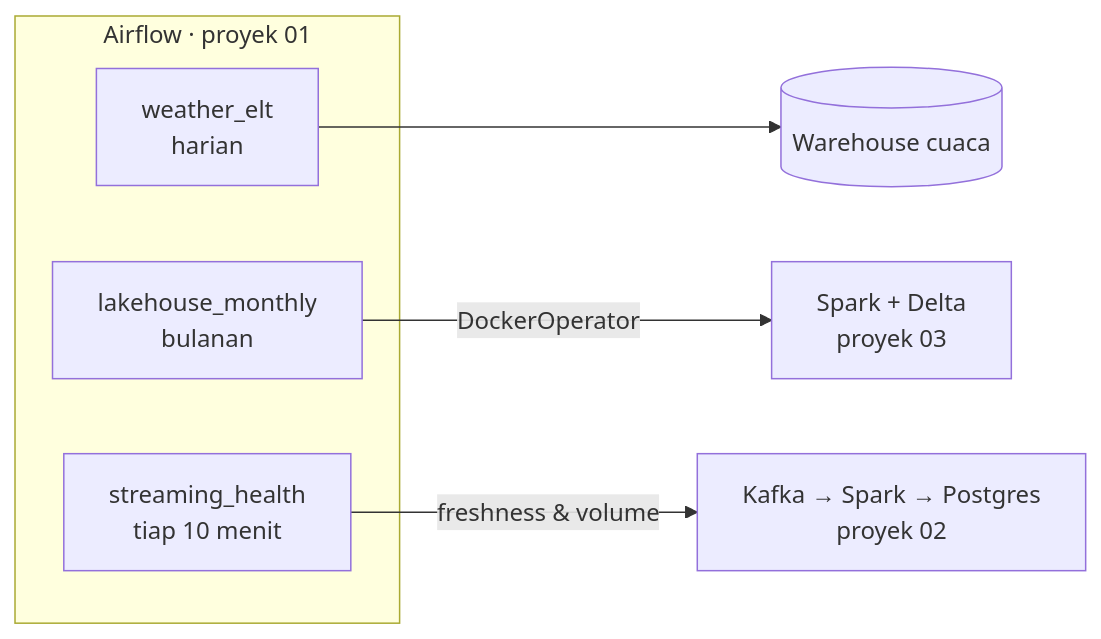
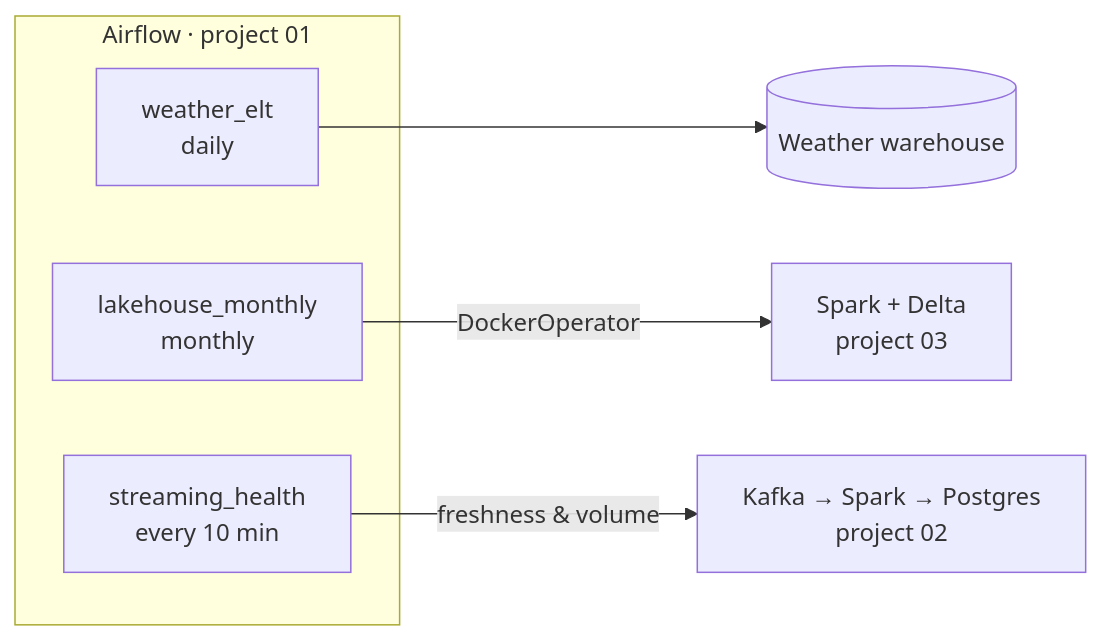
Before and after one commit to dinulimann/dataen: the fourth of 4 diagrams in README.md, drawn with Mermaid. The commit also changed other lines of this file and 1 other file, not shown here.

````diff
--- a/README.md
+++ b/README.md
@@ -74,11 +74,11 @@
 ```mermaid
 flowchart LR
-    subgraph AF["Airflow · proyek 01"]
-        W["weather_elt<br/>harian"]
-        L["lakehouse_monthly<br/>bulanan"]
-        H["streaming_health<br/>tiap 10 menit"]
+    subgraph AF["Airflow · project 01"]
+        W["weather_elt<br/>daily"]
+        L["lakehouse_monthly<br/>monthly"]
+        H["streaming_health<br/>every 10 min"]
     end
-    W --> DW[("Warehouse cuaca")]
-    L -- "DockerOperator" --> LH["Spark + Delta<br/>proyek 03"]
-    H -- "freshness & volume" --> ST["Kafka → Spark → Postgres<br/>proyek 02"]
+    W --> DW[("Weather warehouse")]
+    L -- "DockerOperator" --> LH["Spark + Delta<br/>project 03"]
+    H -- "freshness & volume" --> ST["Kafka → Spark → Postgres<br/>project 02"]
 ```
````
